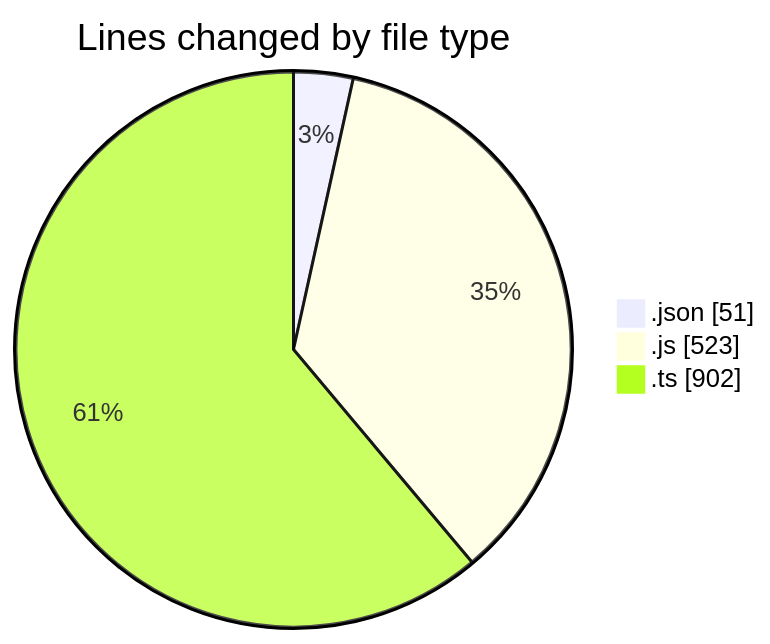
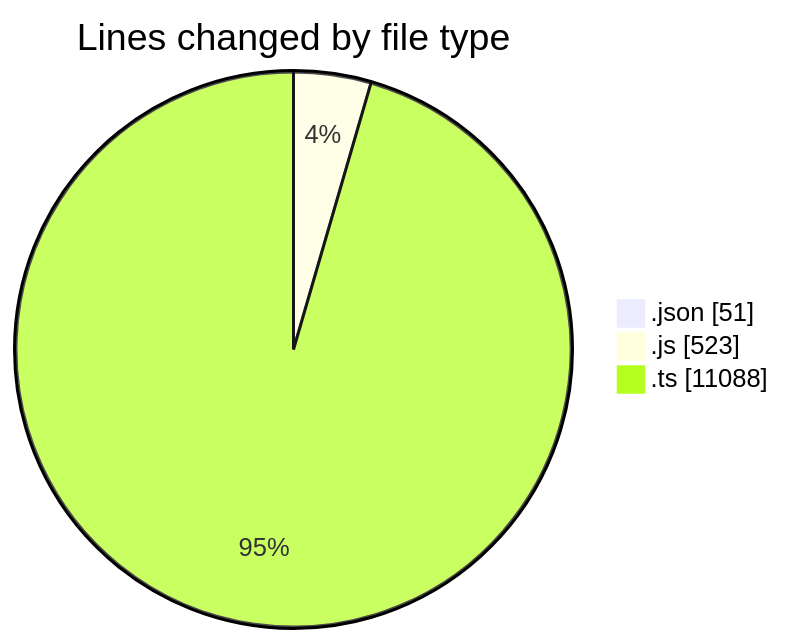
The first of 2 diagrams in 2025-10-08/cda/README.md (momahboobian/code-tracking), drawn with Mermaid before and after one commit. The commit also changed other lines of this file and 1 other file, not shown here.

````diff
--- a/2025-10-08/cda/README.md
+++ b/2025-10-08/cda/README.md
@@ -25,7 +30,7 @@
 ```mermaid
 pie showData
 title Lines changed by file type
 ".json" : 51
 ".js" : 523
-".ts" : 902
+".ts" : 11088
 ```
````
